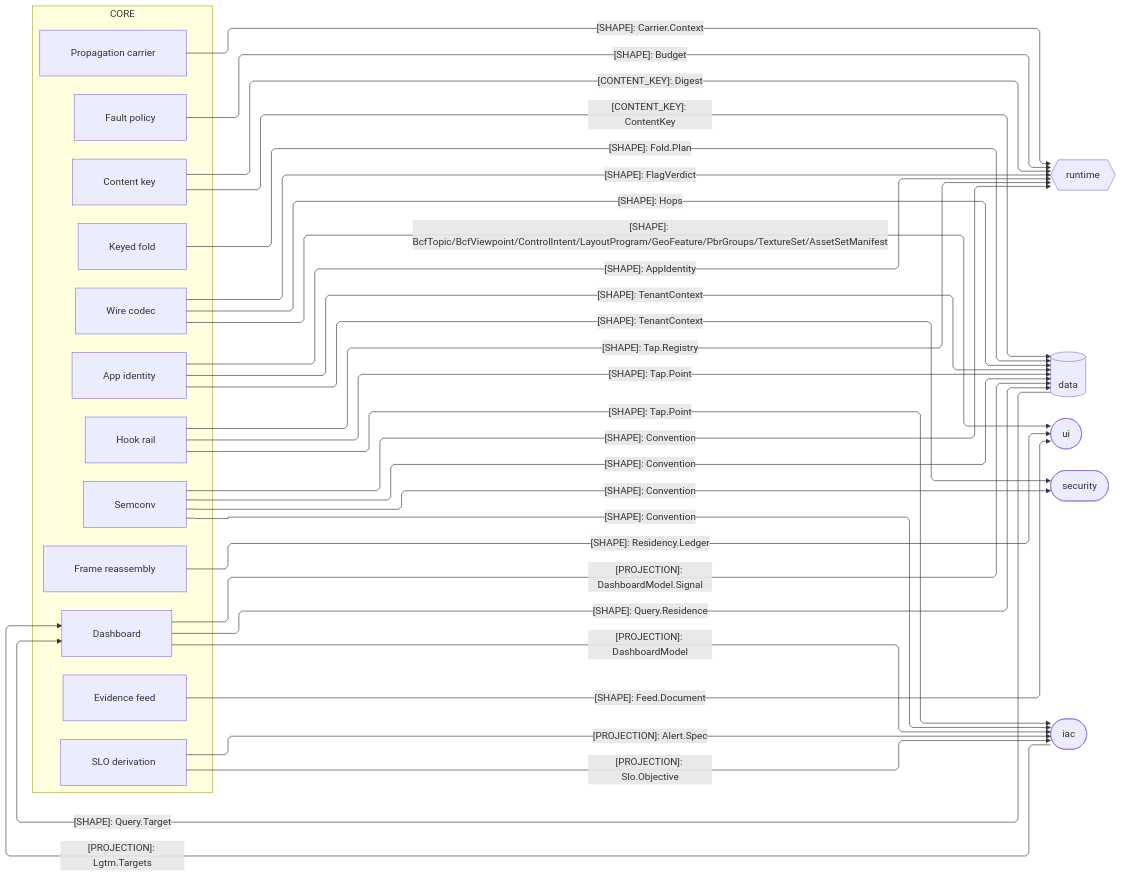
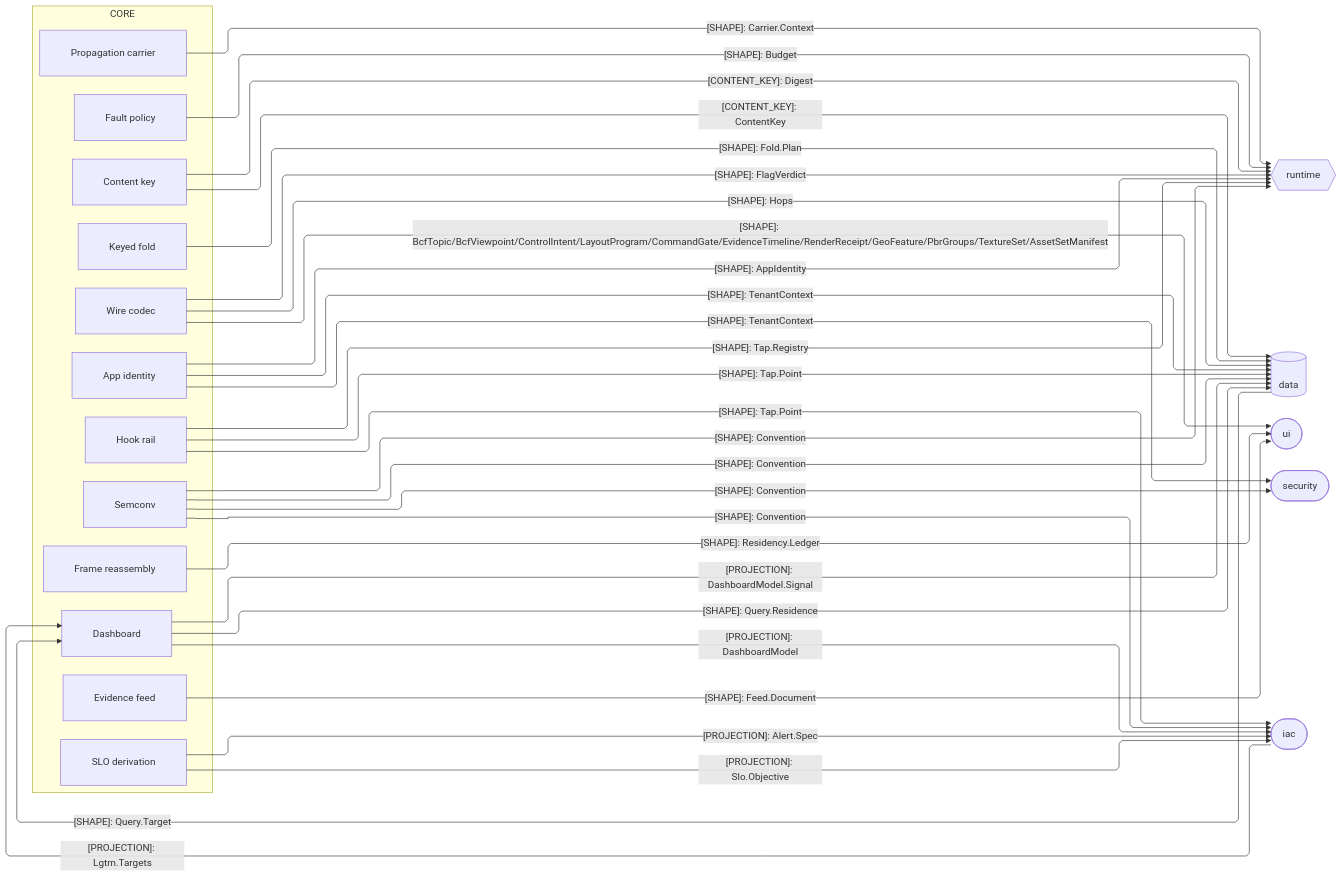
Before and after one commit to bsamiee/Rasm: the third of 3 diagrams in libs/typescript/core/ARCHITECTURE.md, drawn with Mermaid. The commit also changed other lines of this file and 138 other files, not shown here.

````diff
--- a/libs/typescript/core/ARCHITECTURE.md
+++ b/libs/typescript/core/ARCHITECTURE.md
@@ -168,58 +170,58 @@
 ```mermaid
 ---
 config:
   layout: elk
   flowchart:
     curve: linear
     padding: 25
 ---
 flowchart LR
     accTitle: Core TypeScript sibling seam registry
     accDescr: Core owners handing content identity and decoded shapes to the data, runtime, ui, security, and iac siblings, and taking the minted render target back from the data lane and the selected render coordinates back from the deploy plane.
     subgraph core[CORE]
         ContentKey[Content key]
         Codec[Wire codec]
         Frame[Frame reassembly]
         Fold[Keyed fold]
         Feed[Evidence feed]
         Identity[App identity]
         Fault[Fault policy]
         Convention[Semconv]
         Slo[SLO derivation]
         Board[Dashboard]
         Tap[Hook rail]
         Carrier[Propagation carrier]
     end
     Runtime{{runtime}}
     Data[(data)]
     Ui([ui])
     Security([security])
     Iac([iac])
     ContentKey e1@-->|"[CONTENT_KEY]: ContentKey"| Data
     ContentKey e2@-->|"[CONTENT_KEY]: Digest"| Runtime
     Codec e3@-->|"[SHAPE]: FlagVerdict"| Runtime
     Fold e4@-->|"[SHAPE]: Fold.Plan"| Data
     Feed e5@-->|"[SHAPE]: Feed.Document"| Ui
     Identity e6@-->|"[SHAPE]: TenantContext"| Security
     Identity e7@-->|"[SHAPE]: TenantContext"| Data
     Identity e8@-->|"[SHAPE]: AppIdentity"| Runtime
     Fault e9@-->|"[SHAPE]: Budget"| Runtime
     Convention e10@-->|"[SHAPE]: Convention"| Runtime
     Convention e12@-->|"[SHAPE]: Convention"| Data
     Convention e13@-->|"[SHAPE]: Convention"| Security
     Convention e22@-->|"[SHAPE]: Convention"| Iac
     Board e11@-->|"[PROJECTION]: DashboardModel"| Iac
     Slo e14@-->|"[PROJECTION]: Alert.Spec"| Iac
     Frame e15@-->|"[SHAPE]: Residency.Ledger"| Ui
-    Codec e21@-->|"[SHAPE]: BcfTopic/BcfViewpoint/ControlIntent/LayoutProgram/GeoFeature/PbrGroups/TextureSet/AssetSetManifest"| Ui
+    Codec e21@-->|"[SHAPE]: BcfTopic/BcfViewpoint/ControlIntent/LayoutProgram/CommandGate/EvidenceTimeline/RenderReceipt/GeoFeature/PbrGroups/TextureSet/AssetSetManifest"| Ui
     Slo e16@-->|"[PROJECTION]: Slo.Objective"| Iac
     Tap e17@-->|"[SHAPE]: Tap.Registry"| Runtime
     Carrier e18@-->|"[SHAPE]: Carrier.Context"| Runtime
     Tap e19@-->|"[SHAPE]: Tap.Point"| Data
     Tap e20@-->|"[SHAPE]: Tap.Point"| Iac
     Board e23@-->|"[SHAPE]: Query.Residence"| Data
     Codec e24@-->|"[SHAPE]: Hops"| Data
     Data e25@-->|"[SHAPE]: Query.Target"| Board
     Board e26@-->|"[PROJECTION]: DashboardModel.Signal"| Data
     Iac e27@-->|"[PROJECTION]: Lgtm.Targets"| Board
 ```
````
